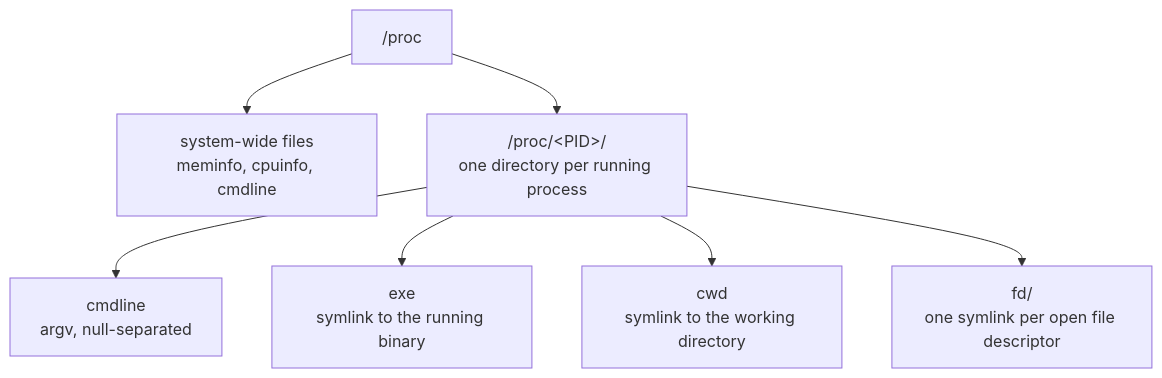
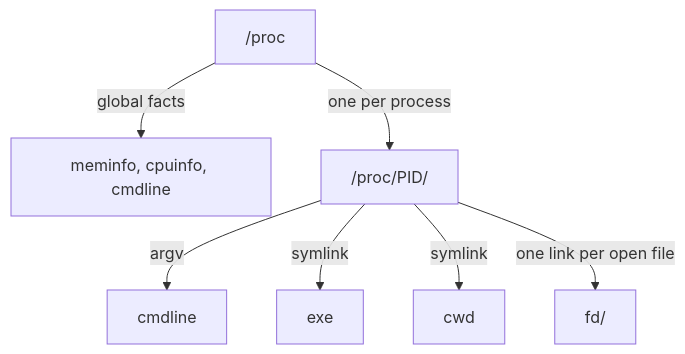
One commit to astrona-io/ATS004 changed the diagram in sections/section-060/module-01/course-01-live-view-and-system-wide-files.md. Above: the diagram before and after it, drawn with Mermaid. The commit also changed other lines of this file and 287 other files, not shown here.

````diff
--- a/sections/section-060/module-01/course-01-live-view-and-system-wide-files.md
+++ b/sections/section-060/module-01/course-01-live-view-and-system-wide-files.md
@@ -38,9 +45,9 @@
 ```mermaid
-flowchart TD
-    PROC["/proc"] --> SYS["system-wide files<br/>meminfo, cpuinfo, cmdline"]
-    PROC --> PID["/proc/&lt;PID&gt;/<br/>one directory per running process"]
-    PID --> CMD["cmdline<br/>argv, null-separated"]
-    PID --> EXE["exe<br/>symlink to the running binary"]
-    PID --> CWD["cwd<br/>symlink to the working directory"]
-    PID --> FD["fd/<br/>one symlink per open file descriptor"]
+flowchart TB
+    PROC["/proc"] -->|"global facts"| SYS["meminfo, cpuinfo, cmdline"]
+    PROC -->|"one per process"| PID["/proc/PID/"]
+    PID -->|"argv"| CMD["cmdline"]
+    PID -->|"symlink"| EXE["exe"]
+    PID -->|"symlink"| CWD["cwd"]
+    PID -->|"one link per open file"| FD["fd/"]
 ```
````
